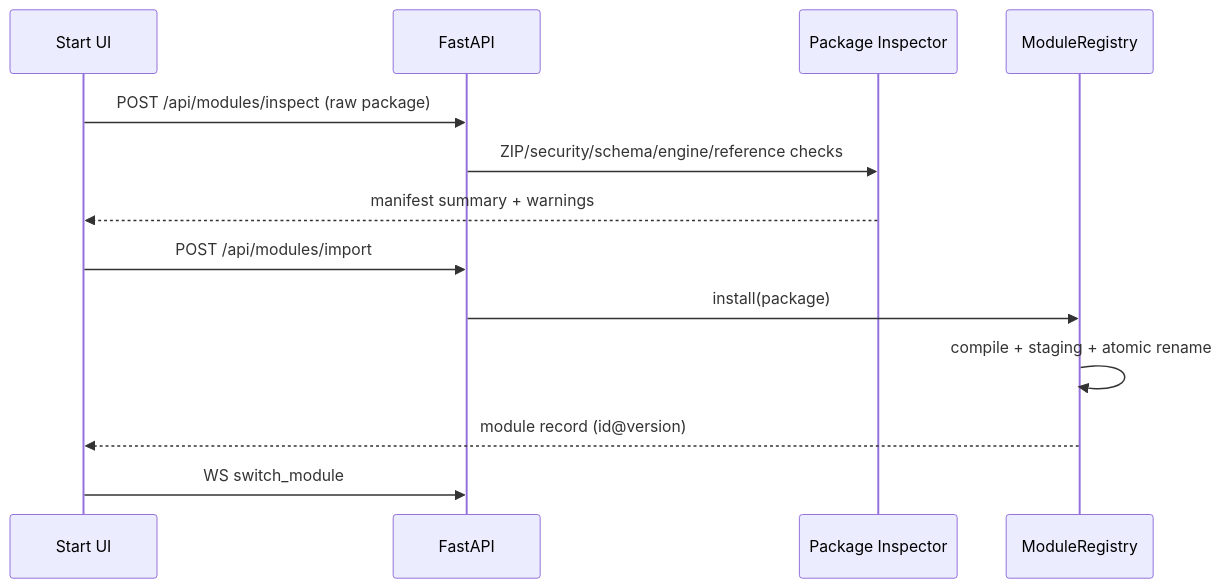
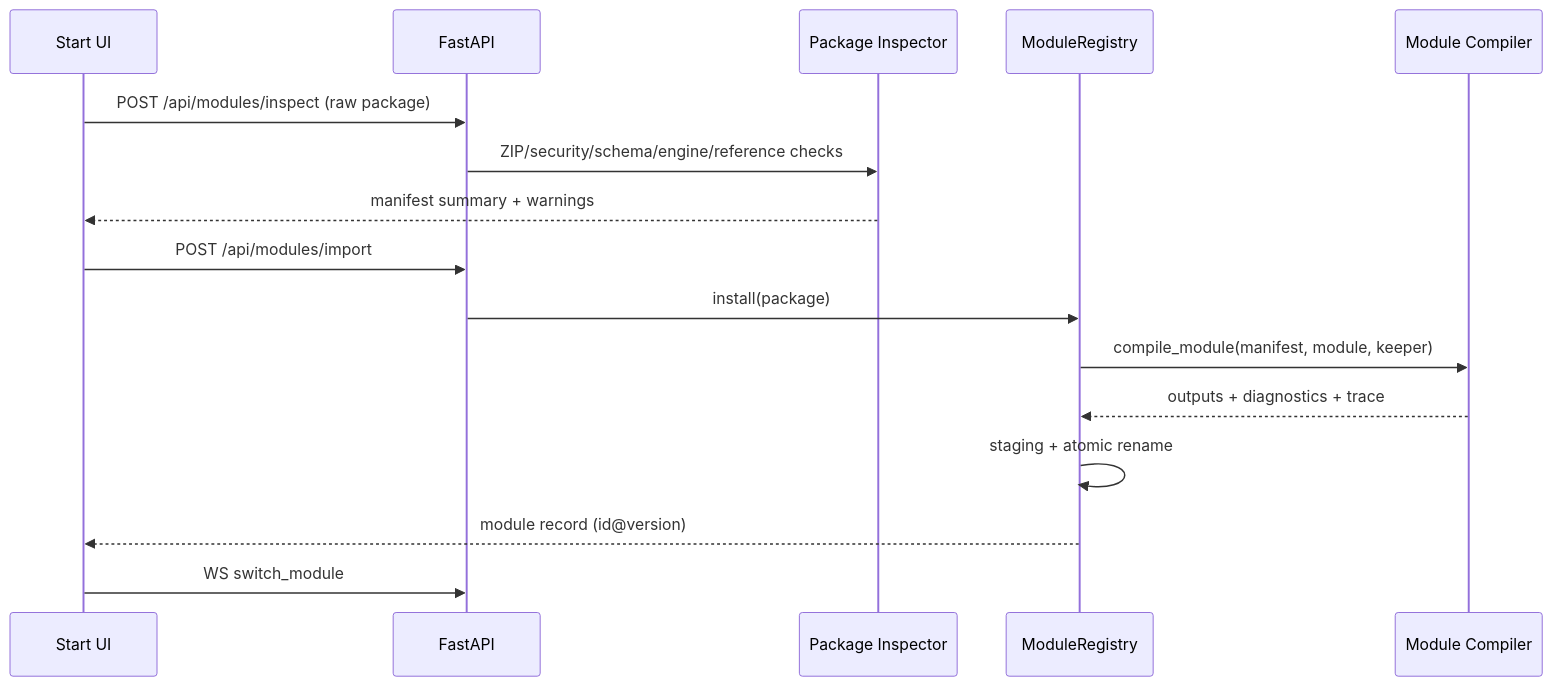
Before and after one commit to Inaglyite/TRPG-Master: the fourth of 4 diagrams in docs/ARCHITECTURE.md, drawn with Mermaid. The commit also changed other lines of this file and 12 other files, not shown here.

````diff
--- a/docs/ARCHITECTURE.md
+++ b/docs/ARCHITECTURE.md
@@ -291,15 +293,18 @@
 ```mermaid
 sequenceDiagram
     participant UI as Start UI
     participant API as FastAPI
     participant PKG as Package Inspector
     participant REG as ModuleRegistry
+    participant Compiler as Module Compiler
     UI->>API: POST /api/modules/inspect (raw package)
     API->>PKG: ZIP/security/schema/engine/reference checks
     PKG-->>UI: manifest summary + warnings
     UI->>API: POST /api/modules/import
     API->>REG: install(package)
-    REG->>REG: compile + staging + atomic rename
+    REG->>Compiler: compile_module(manifest, module, keeper)
+    Compiler-->>REG: outputs + diagnostics + trace
+    REG->>REG: staging + atomic rename
     REG-->>UI: module record (id@version)
     UI->>API: WS switch_module
 ```
````
